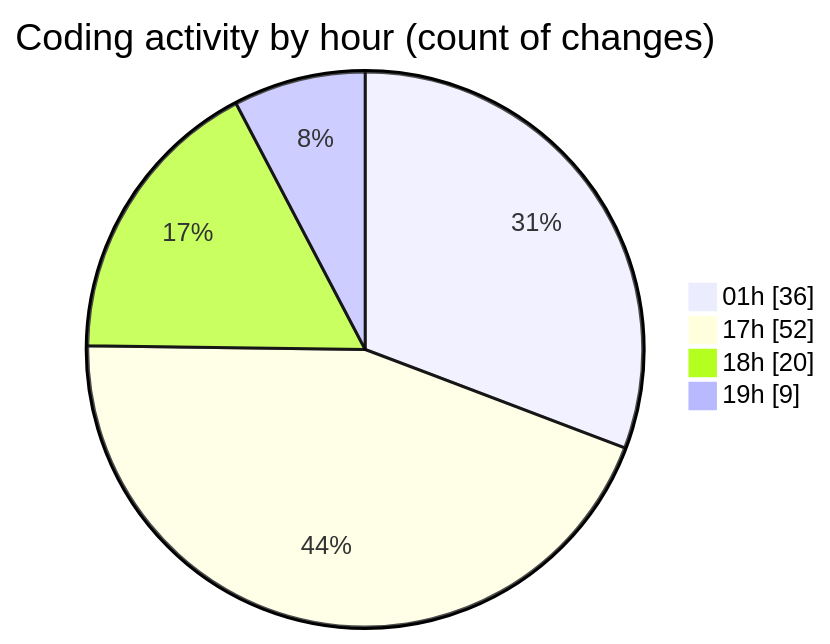
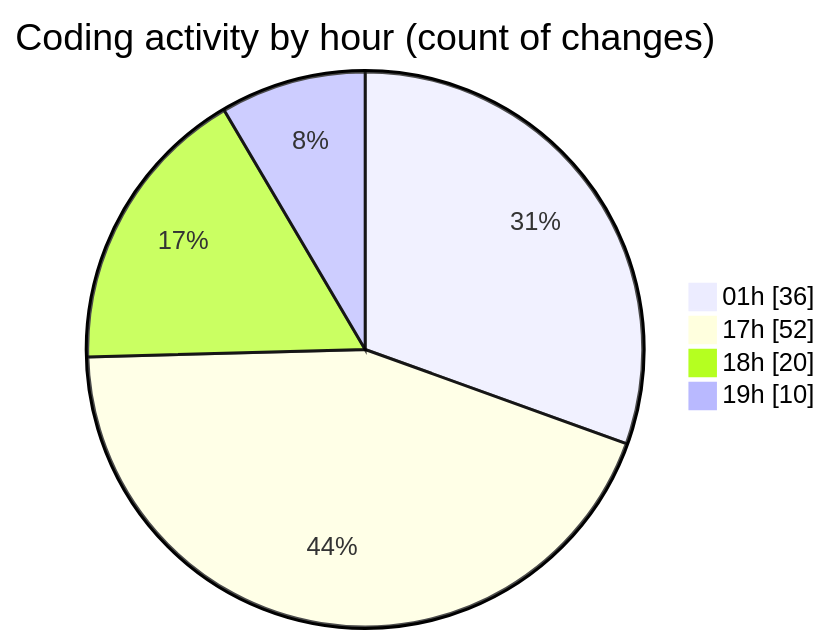
Before and after one commit to lephambinh05/code-tracking: the second of 2 diagrams in 2025-07-29/appproject/README.md, drawn with Mermaid. The commit also changed other lines of this file and 1 other file, not shown here.

````diff
--- a/2025-07-29/appproject/README.md
+++ b/2025-07-29/appproject/README.md
@@ -79,8 +79,8 @@
 ```mermaid
 pie showData
 title Coding activity by hour (count of changes)
 "01h" : 36
 "17h" : 52
 "18h" : 20
-"19h" : 9
+"19h" : 10
 ```
````
